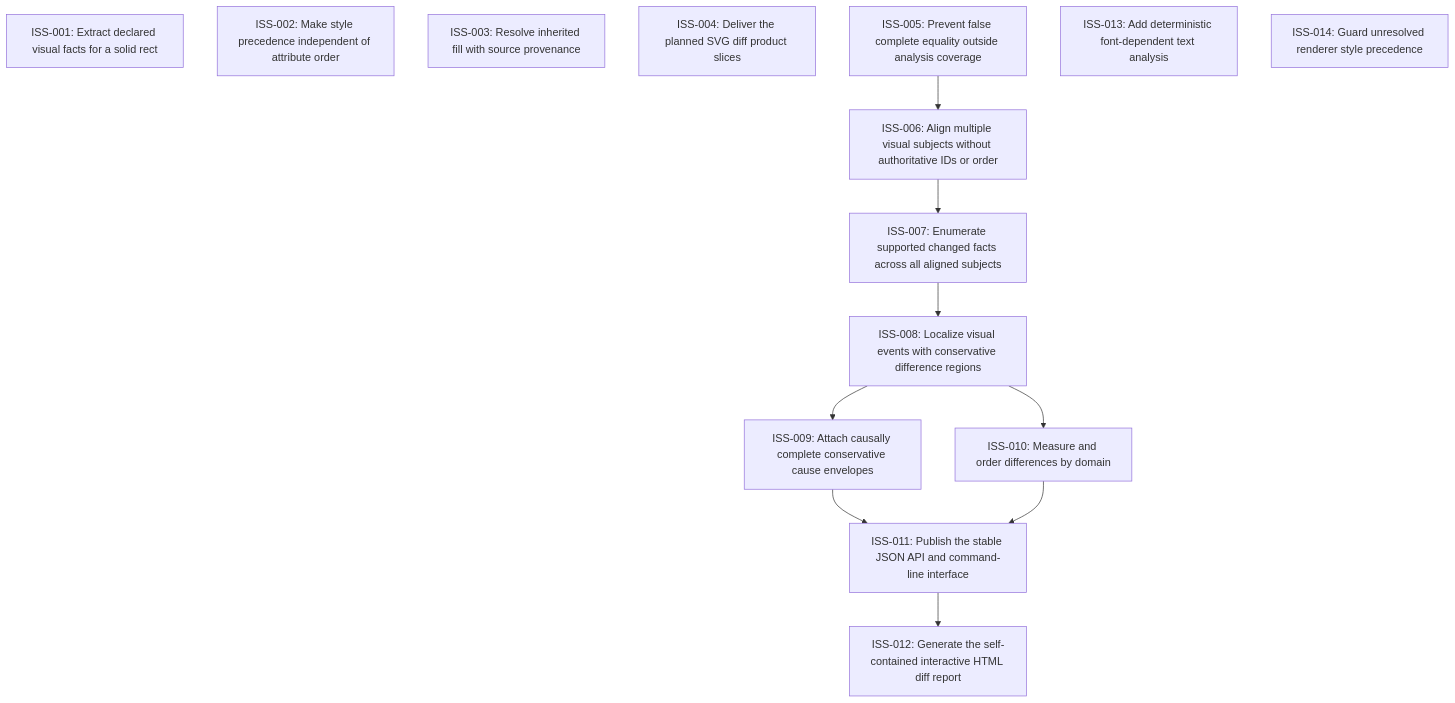
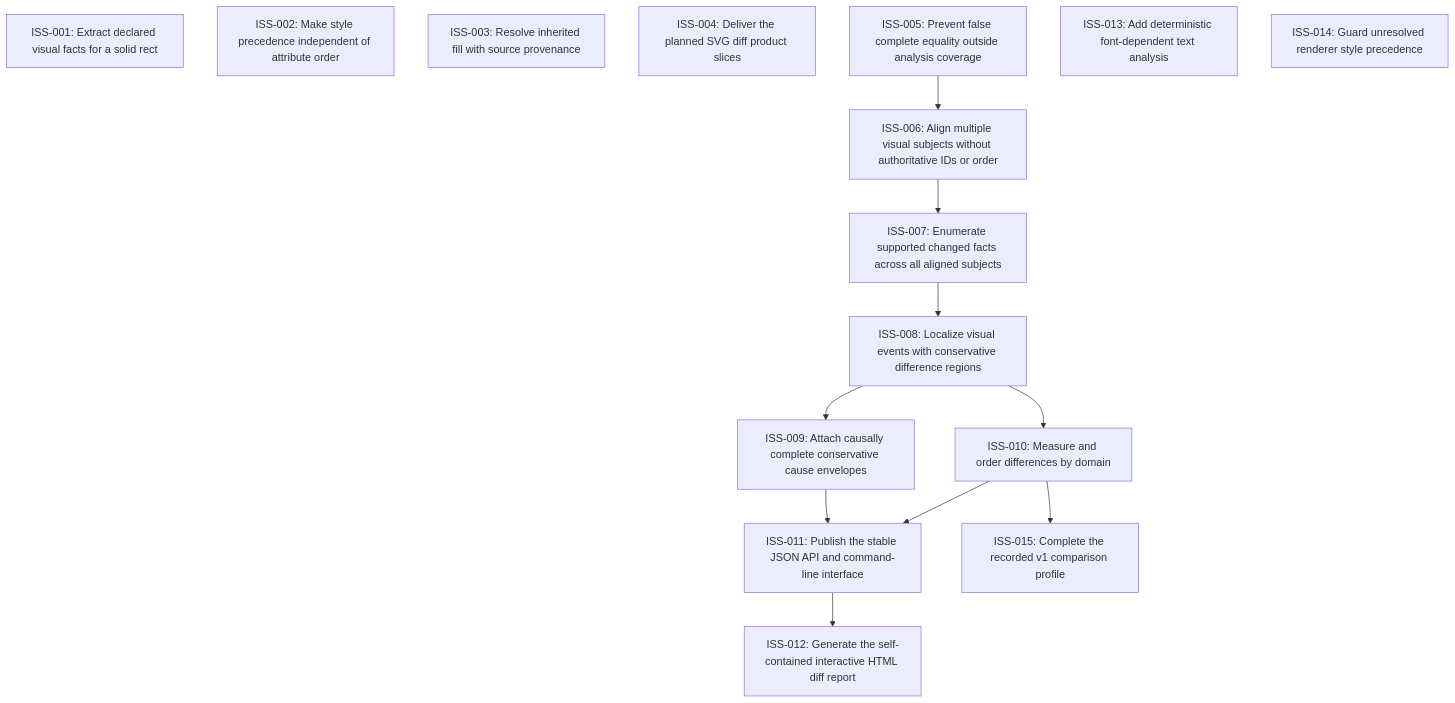
The diagram in issues/README.md (moonbit-community/svgdiff), drawn with Mermaid before and after one commit. The commit also changed 11 other files, not shown here.

Commit message:
Record canonical SVG comparison profile

````diff
--- a/issues/README.md
+++ b/issues/README.md
@@ -19,25 +19,27 @@
 ```mermaid
 graph TD
   ISS_001["ISS-001: Extract declared visual facts for a solid rect"]
   ISS_002["ISS-002: Make style precedence independent of attribute order"]
   ISS_003["ISS-003: Resolve inherited fill with source provenance"]
   ISS_004["ISS-004: Deliver the planned SVG diff product slices"]
   ISS_005["ISS-005: Prevent false complete equality outside analysis coverage"]
   ISS_006["ISS-006: Align multiple visual subjects without authoritative IDs or order"]
   ISS_007["ISS-007: Enumerate supported changed facts across all aligned subjects"]
   ISS_008["ISS-008: Localize visual events with conservative difference regions"]
   ISS_009["ISS-009: Attach causally complete conservative cause envelopes"]
   ISS_010["ISS-010: Measure and order differences by domain"]
   ISS_011["ISS-011: Publish the stable JSON API and command-line interface"]
   ISS_012["ISS-012: Generate the self-contained interactive HTML diff report"]
   ISS_013["ISS-013: Add deterministic font-dependent text analysis"]
   ISS_014["ISS-014: Guard unresolved renderer style precedence"]
+  ISS_015["ISS-015: Complete the recorded v1 comparison profile"]
   ISS_005 --> ISS_006
   ISS_006 --> ISS_007
   ISS_007 --> ISS_008
   ISS_008 --> ISS_009
   ISS_008 --> ISS_010
   ISS_009 --> ISS_011
   ISS_010 --> ISS_011
   ISS_011 --> ISS_012
+  ISS_010 --> ISS_015
 ```
````
